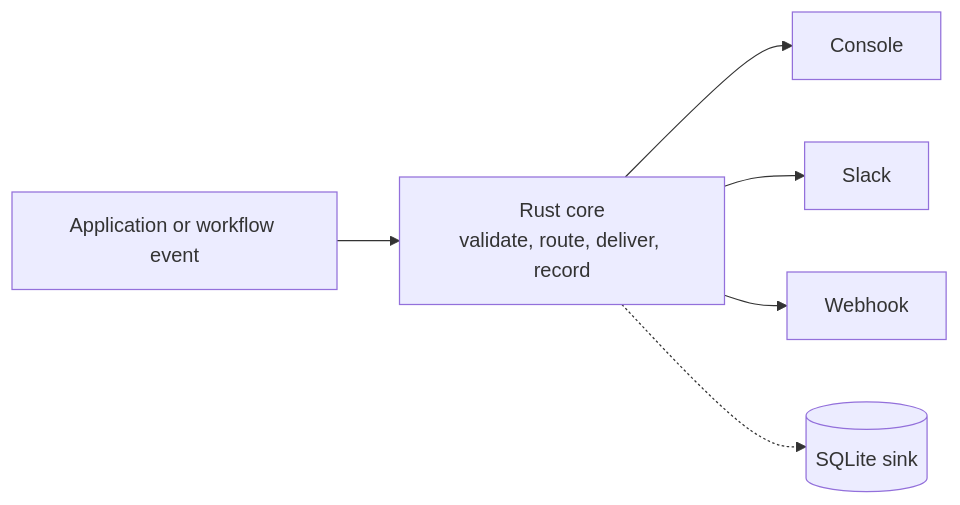
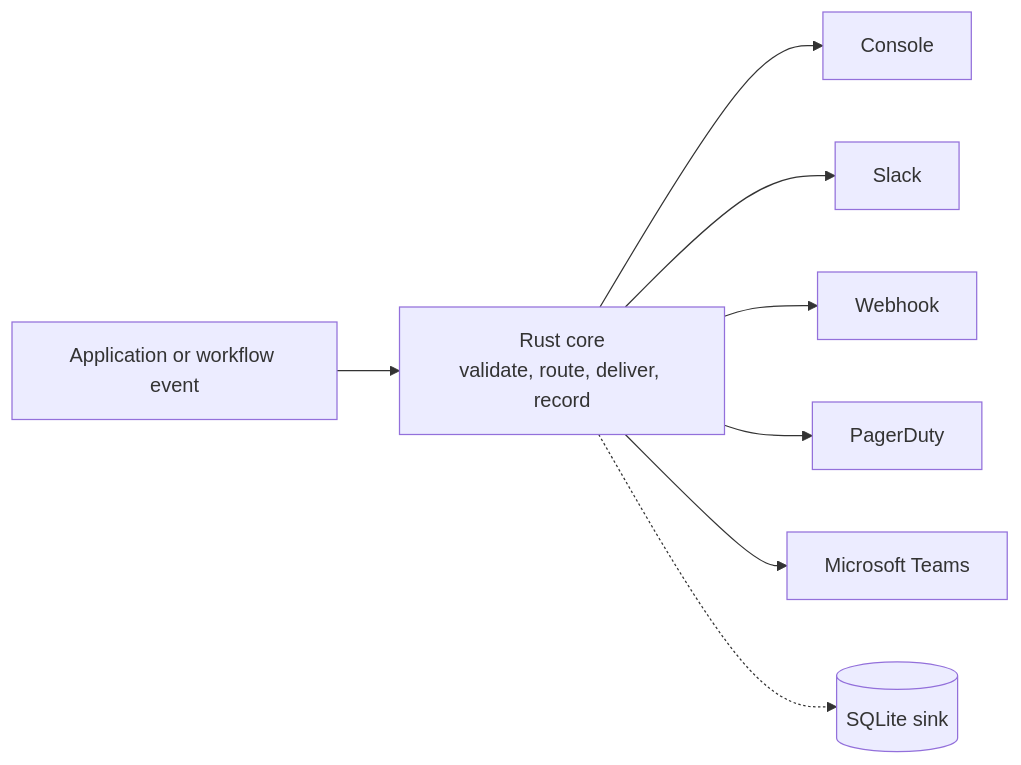
The diagram in docs/index.md (adithyapathipaka/OpsSignal), drawn with Mermaid before and after one commit. The commit also changed other lines of this file and 11 other files, not shown here.

First line of the commit message:
Add PagerDuty (Events API v2) and Microsoft Teams providers

````diff
--- a/docs/index.md
+++ b/docs/index.md
@@ -15,8 +15,10 @@
 ```mermaid
 flowchart LR
     A[Application or workflow event] --> B[Rust core<br/>validate, route, deliver, record]
     B --> C[Console]
     B --> D[Slack]
     B --> E[Webhook]
+    B --> G[PagerDuty]
+    B --> H[Microsoft Teams]
     B -.-> F[(SQLite sink)]
 ```
````
